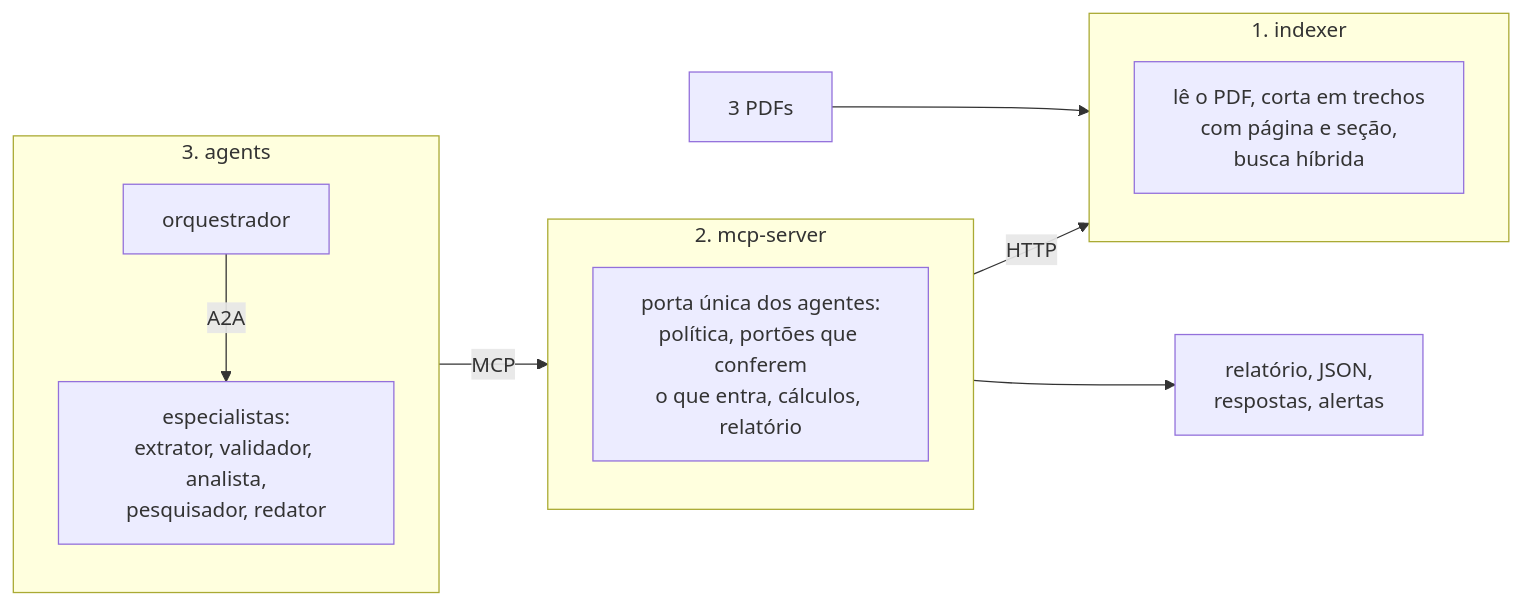
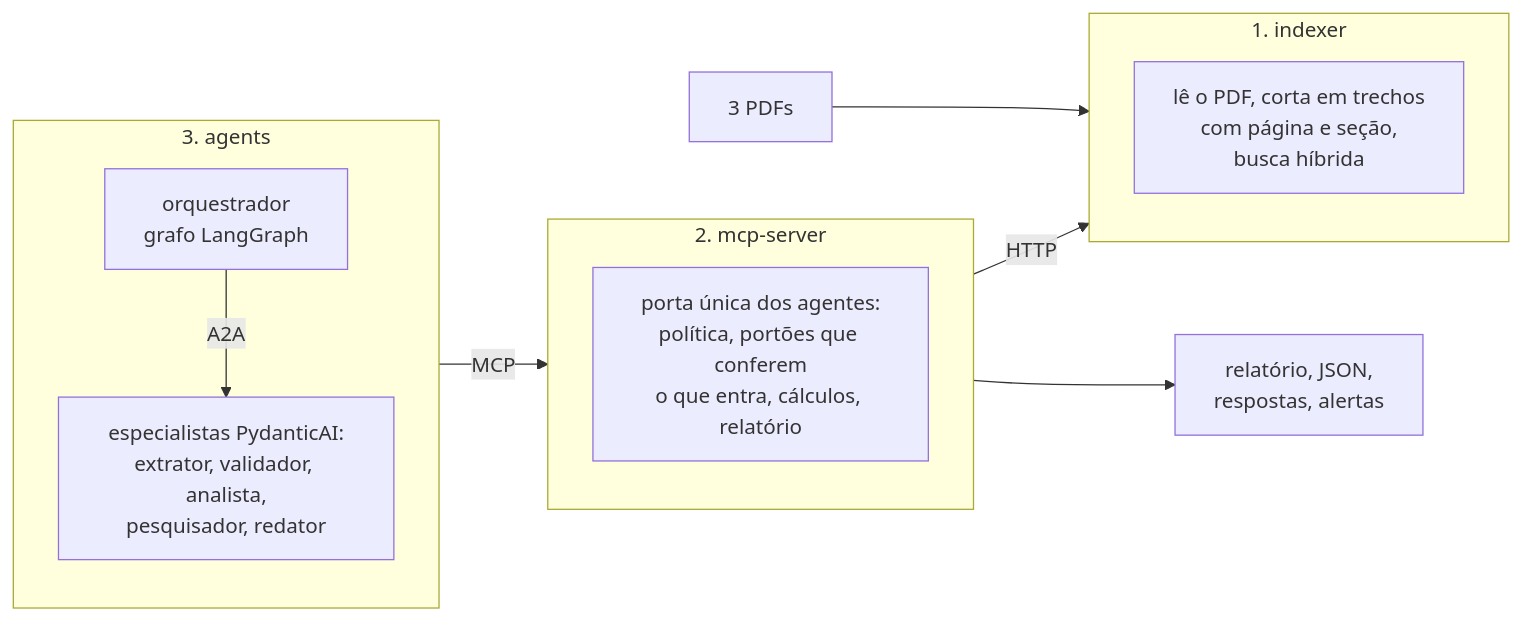
Before and after one commit to proscholdt/MultAgent_AnaliseDocumental: the diagram in README.md, drawn with Mermaid. The commit also changed other lines of this file and 35 other files, not shown here.

First line of the commit message:
Execução final com PydanticAI e LangGraph, memória corrigida e READMEs

````diff
--- a/README.md
+++ b/README.md
@@ -10,15 +10,15 @@
 ```mermaid
 flowchart LR
     PDF[3 PDFs] --> IDX
     subgraph IDX[1. indexer]
         I[lê o PDF, corta em trechos<br/>com página e seção,<br/>busca híbrida]
     end
     subgraph MCP[2. mcp-server]
         M[porta única dos agentes:<br/>política, portões que conferem<br/>o que entra, cálculos, relatório]
     end
     subgraph AG[3. agents]
-        O[orquestrador] -->|A2A| E[especialistas:<br/>extrator, validador, analista,<br/>pesquisador, redator]
+        O[orquestrador<br/>grafo LangGraph] -->|A2A| E[especialistas PydanticAI:<br/>extrator, validador, analista,<br/>pesquisador, redator]
     end
     AG -->|MCP| MCP -->|HTTP| IDX
     MCP --> R[relatório, JSON,<br/>respostas, alertas]
 ```
````
